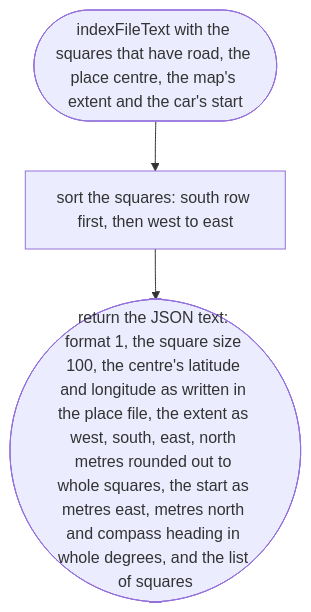
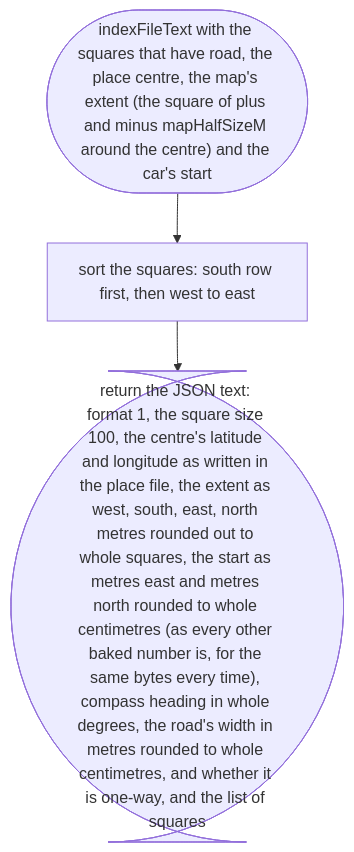
The third of 3 diagrams in docs/designs/tools/bake/chunk-text.md (NewDara-Star/world-engine), drawn with Mermaid before and after one commit. The commit also changed other lines of this file and 41 other files, not shown here.

````diff
--- a/docs/designs/tools/bake/chunk-text.md
+++ b/docs/designs/tools/bake/chunk-text.md
@@ -55,7 +55,7 @@
 ```mermaid
 flowchart TD
-  s(["indexFileText with the squares that have road, the place centre, the map's extent and the car's start"])
+  s(["indexFileText with the squares that have road, the place centre, the map's extent (the square of plus and minus mapHalfSizeM around the centre) and the car's start"])
   a["sort the squares: south row first, then west to east"]
-  b(["return the JSON text: format 1, the square size 100, the centre's latitude and longitude as written in the place file, the extent as west, south, east, north metres rounded out to whole squares, the start as metres east, metres north and compass heading in whole degrees, and the list of squares"])
+  b(["return the JSON text: format 1, the square size 100, the centre's latitude and longitude as written in the place file, the extent as west, south, east, north metres rounded out to whole squares, the start as metres east and metres north rounded to whole centimetres (as every other baked number is, for the same bytes every time), compass heading in whole degrees, the road's width in metres rounded to whole centimetres, and whether it is one-way, and the list of squares"])
   s --> a --> b
 ```
````
